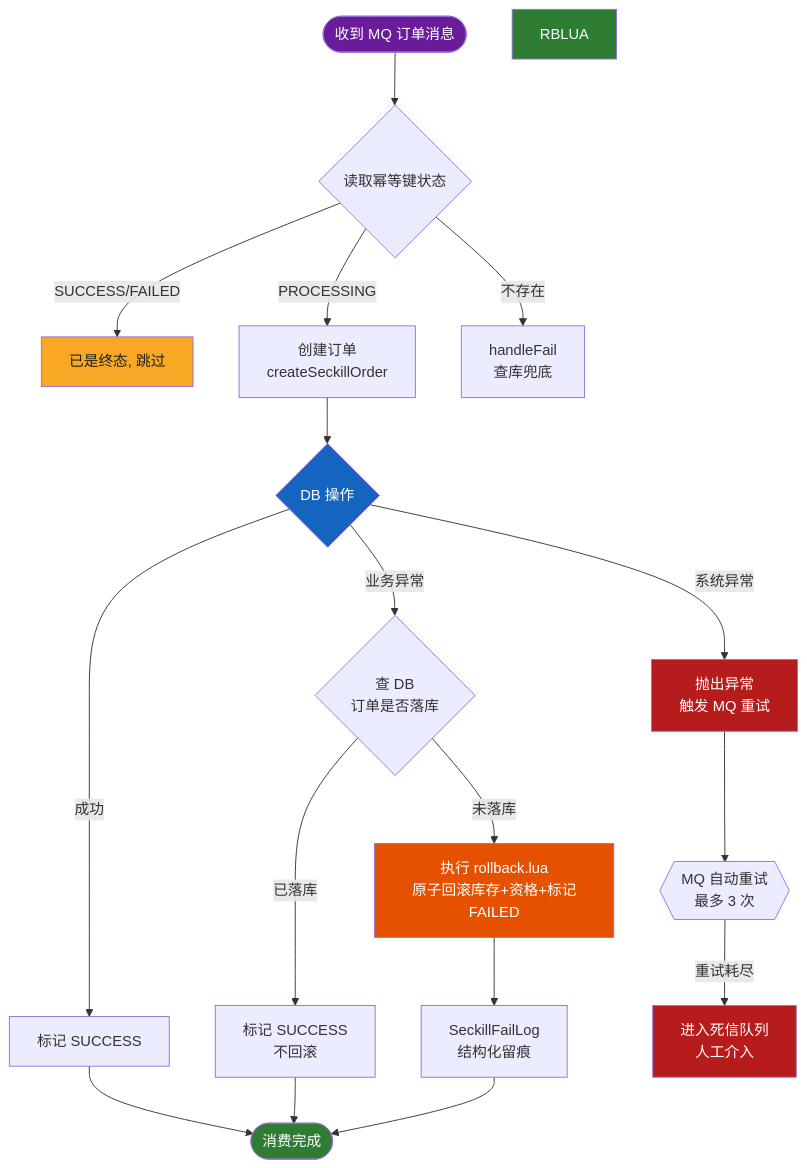
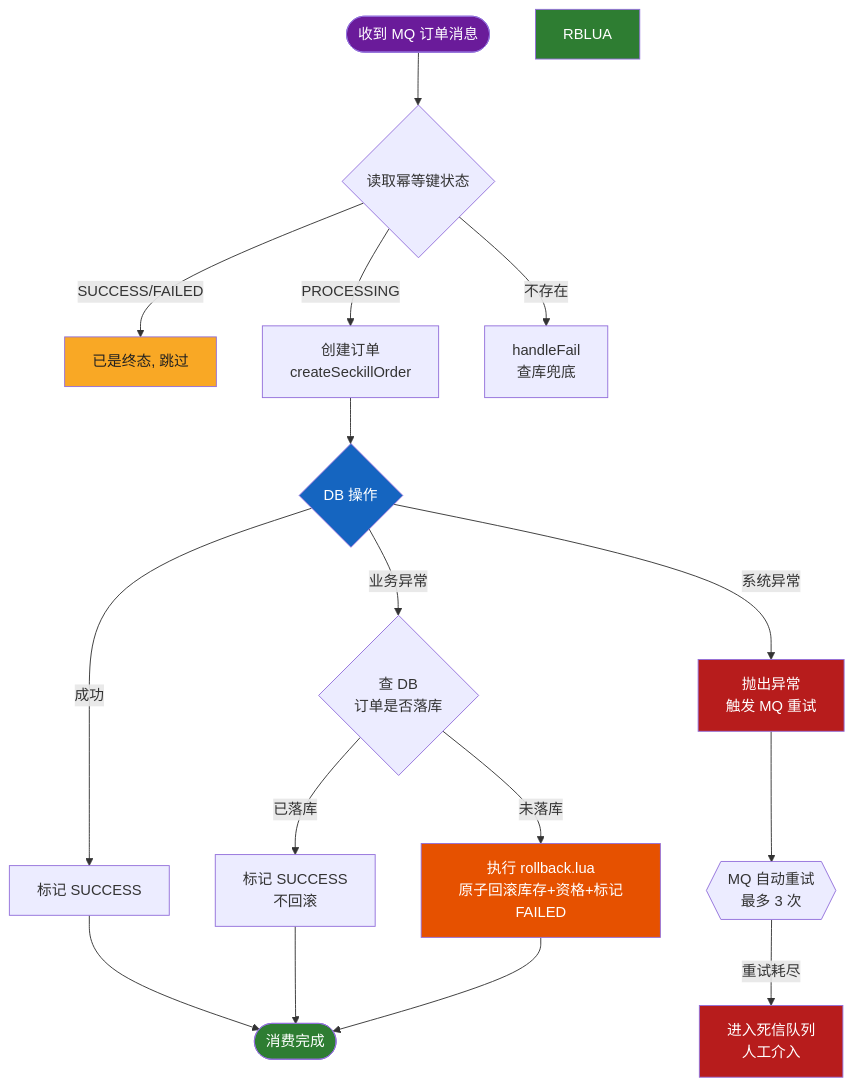
One commit to Shardkiht/FlashDeal changed the third of 3 diagrams in README.md. Above: the diagram before and after it, drawn with Mermaid. The commit also changed other lines of this file and 3 other files, not shown here.

````diff
--- a/README.md
+++ b/README.md
@@ -218,31 +218,30 @@
 ```mermaid
 flowchart TD
     MSG([收到 MQ 订单消息]) --> STATUS{读取幂等键状态}
     STATUS -->|SUCCESS/FAILED| SKIP[已是终态, 跳过]
     STATUS -->|PROCESSING| CREATE[创建订单<br/>createSeckillOrder]
     STATUS -->|不存在| HANDLEFAIL[handleFail<br/>查库兜底]
 
     CREATE --> DBSAVE{DB 操作}
     DBSAVE -->|成功| MARK[标记 SUCCESS]
     MARK --> DONE([消费完成])
 
     DBSAVE -->|业务异常| CHECK{查 DB<br/>订单是否落库}
     CHECK -->|已落库| MARK2[标记 SUCCESS<br/>不回滚]
     MARK2 --> DONE
     CHECK -->|未落库| RBLUA2[执行 rollback.lua<br/>原子回滚库存+资格+标记FAILED]
-    RBLUA2 --> RECORD[SeckillFailLog<br/>结构化留痕]
-    RECORD --> DONE
+    RBLUA2 --> DONE
 
     DBSAVE -->|系统异常| THROW1[抛出异常<br/>触发 MQ 重试]
     THROW1 --> RETRY{{MQ 自动重试<br/>最多 3 次}}
     RETRY -->|重试耗尽| DLQ[进入死信队列<br/>人工介入]
 
     style MSG fill:#6a1b9a,color:#fff
     style DONE fill:#2e7d32,color:#fff
     style SKIP fill:#f9a825,color:#212121
     style THROW1 fill:#b71c1c,color:#fff
     style DLQ fill:#b71c1c,color:#fff
     style RBLUA fill:#2e7d32,color:#fff
     style RBLUA2 fill:#e65100,color:#fff
     style DBSAVE fill:#1565c0,color:#fff
 ```
````
